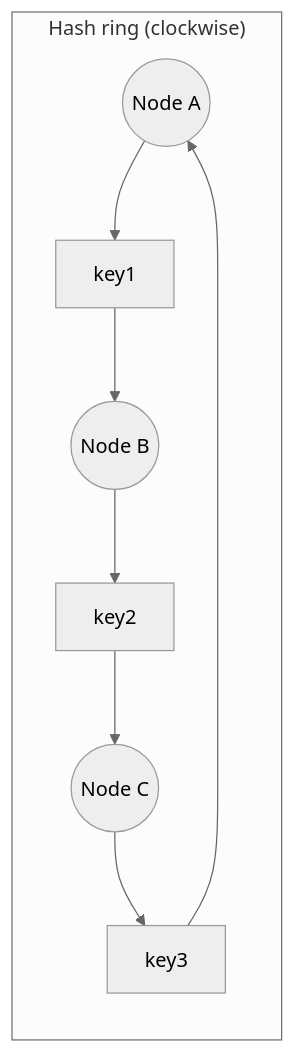
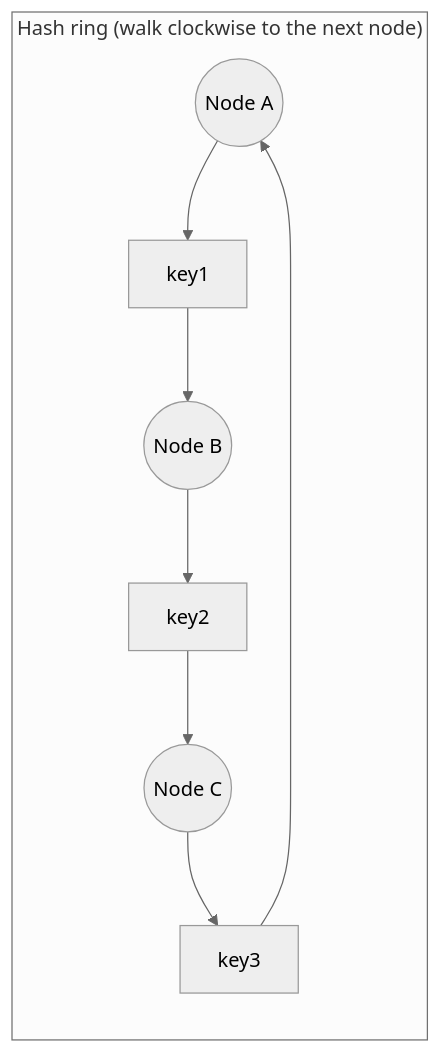
The first of 4 diagrams in design/3 System Design/Distributed Systems Patterns.md (hshtgbrendo/software-dev-prep), drawn with Mermaid (neutral theme) before and after one commit. The commit also changed other lines of this file and 28 other files, not shown here.

````diff
--- a/design/3 System Design/Distributed Systems Patterns.md
+++ b/design/3 System Design/Distributed Systems Patterns.md
@@ -41,6 +80,6 @@
 ```mermaid
 flowchart LR
-  subgraph Ring["Hash ring (clockwise)"]
+  subgraph Ring["Hash ring (walk clockwise to the next node)"]
     A((Node A)) --> k1[key1] --> B((Node B)) --> k2[key2] --> C((Node C)) --> k3[key3] --> A
   end
 ```
````
